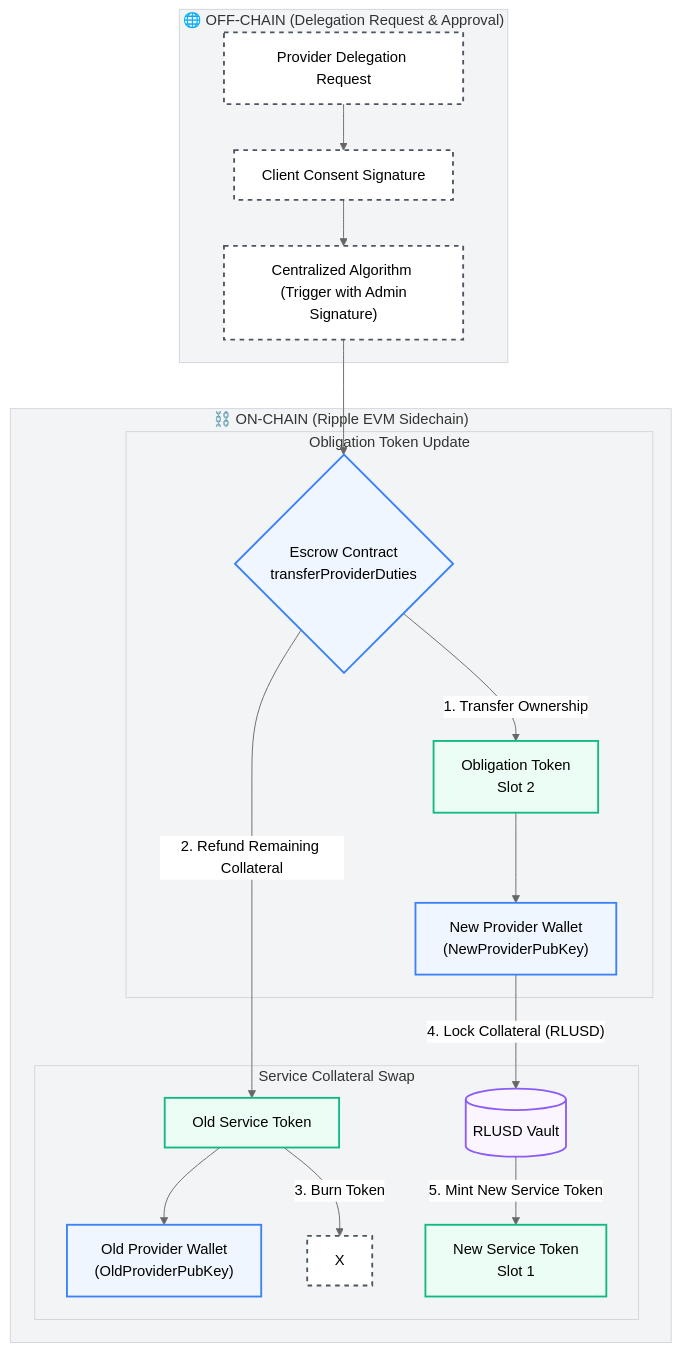
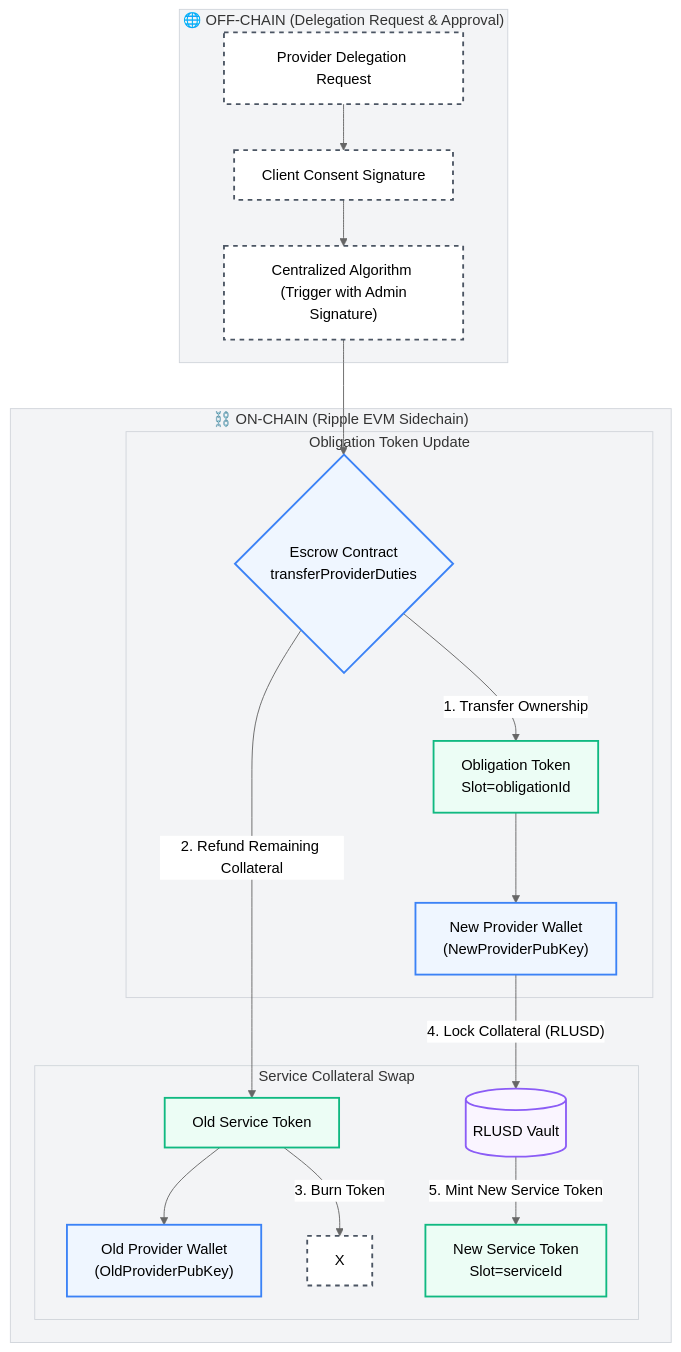
The third of 4 diagrams in README.md (emirrmk/escrow-flow-diagrams), drawn with Mermaid before and after one commit. The commit also changed other lines of this file, not shown here.

Commit message:
Add detailed Obligation Token slot layout in English

````diff
--- a/README.md
+++ b/README.md
@@ -91,31 +118,31 @@
 ```mermaid
 %%{init: {'theme': 'neutral', 'themeVariables': { 'primaryColor': '#f9fafb', 'edgeLabelBackground':'#ffffff', 'clusterBkg':'#f3f4f6', 'clusterBorder':'#d1d5db'}}}%%
 graph TD
     classDef offChainNode fill:#ffffff,stroke:#4b5563,stroke-width:2px,stroke-dasharray: 5 5;
     classDef onChainNode fill:#eff6ff,stroke:#3b82f6,stroke-width:2px;
     classDef tokenNode fill:#ecfdf5,stroke:#10b981,stroke-width:2px;
     classDef databaseNode fill:#faf5ff,stroke:#8b5cf6,stroke-width:2px;
 
     subgraph OffChain ["🌐 OFF-CHAIN (Delegation Request & Approval)"]
         Req["Provider Delegation Request"]:::offChainNode --> CustSign["Client Consent Signature"]:::offChainNode
         CustSign --> Alg["Centralized Algorithm <br> (Trigger with Admin Signature)"]:::offChainNode
     end
 
     subgraph OnChain ["⛓️ ON-CHAIN (Ripple EVM Sidechain)"]
         Alg --> TransferCall{"Escrow Contract <br> transferProviderDuties"}:::onChainNode
         
         subgraph Branch1 ["Obligation Token Update"]
-            TransferCall -- "1. Transfer Ownership" --> OT["Obligation Token <br> Slot 2"]:::tokenNode
+            TransferCall -- "1. Transfer Ownership" --> OT["Obligation Token <br> Slot=obligationId"]:::tokenNode
             OT --> NewProv["New Provider Wallet <br> (NewProviderPubKey)"]:::onChainNode
         end
 
         subgraph Branch2 ["Service Collateral Swap"]
             TransferCall -- "2. Refund Remaining Collateral" --> OldST["Old Service Token"]:::tokenNode
             OldST --> OldProv["Old Provider Wallet <br> (OldProviderPubKey)"]:::onChainNode
             OldST -- "3. Burn Token" --> BurnX[X]:::offChainNode
             
             NewProv -- "4. Lock Collateral (RLUSD)" --> Pool[("RLUSD Vault")]:::databaseNode
-            Pool -- "5. Mint New Service Token" --> NewST["New Service Token <br> Slot 1"]:::tokenNode
+            Pool -- "5. Mint New Service Token" --> NewST["New Service Token <br> Slot=serviceId"]:::tokenNode
         end
     end
 ```
````
